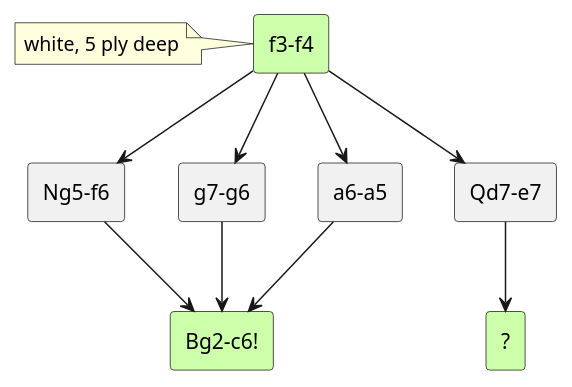
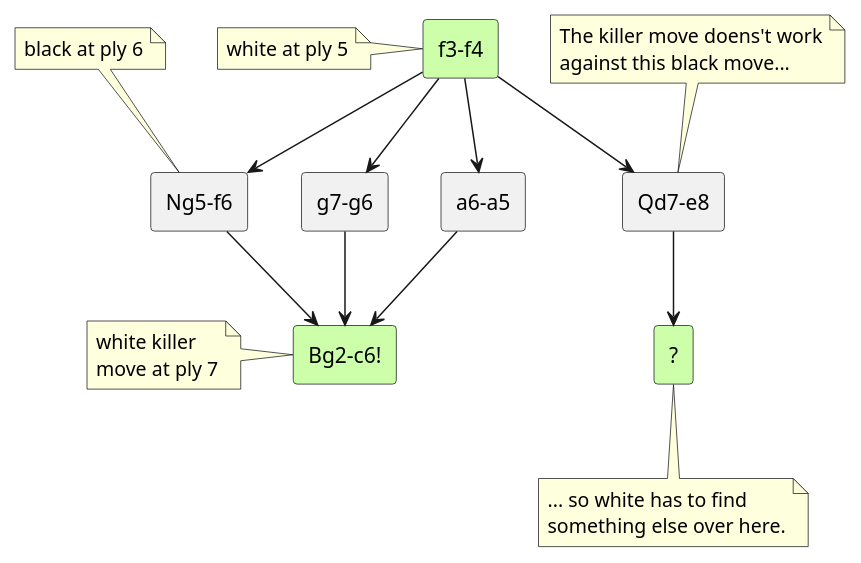
One commit to mvanthoor/rustic-book changed the diagram in src/uml/killer.puml. Above: the diagram before and after it, drawn with PlantUML. The commit also changed 12 other files, not shown here.

```diff
--- a/src/uml/killer.puml
+++ b/src/uml/killer.puml
@@ -1,26 +1,37 @@
 @startuml killer_move
 skinparam shadowing false
 skinparam componentStyle rectangle
+skinparam backgroundColor #FFFFFF
+
 hide empty methods
 hide empty members
 
 component "f3-f4" as p1 #cdffab
 component "Ng5-f6" as p2
 component "g7-g6" as p3
 component "a6-a5" as p4
-component "Qd7-e7" as p5
+component "Qd7-e8" as p5
 component "Bg2-c6!" as p6 #cdffab
 component "?" as p7 #cdffab
 
-note left of p1: white, 5 ply deep
+note left of p1: white at ply 5
+note left of p6: white killer\nmove at ply 7
+note top of p2: black at ply 6
+note top of p5
+    The killer move doens't work
+    against this black move...
+end note
+note bottom of p7
+    ... so white has to find 
+    something else over here.
+end note
 
 p1 --> p2
 p1 --> p3
 p1 --> p4
 p1 --> p5
-
 p2 --> p6
 p3 --> p6
 p4 --> p6
 p5 --> p7
 @enduml
```
